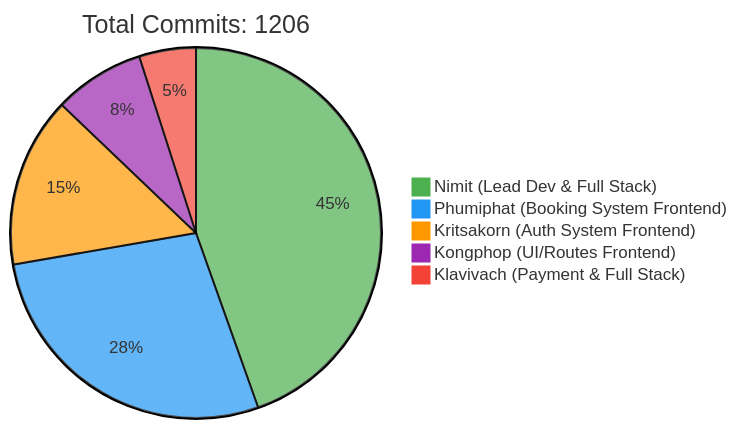
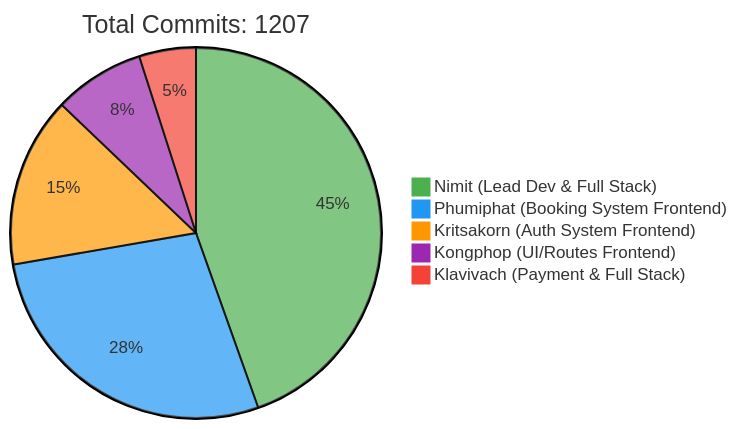
The first of 2 diagrams in README.md (6531503042/Sport-Complex), drawn with Mermaid before and after one commit. The commit also changed other lines of this file, not shown here.

Commit message:
docs: Update contributor statistics [skip ci]

````diff
--- a/README.md
+++ b/README.md
@@ -257,10 +257,10 @@
 ```mermaid
 %%{init: {'theme': 'base', 'themeVariables': { 'pie1': '#4CAF50', 'pie2': '#2196F3', 'pie3': '#FF9800', 'pie4': '#9C27B0', 'pie5': '#F44336'}}}%%
 pie
-    title Total Commits: 1206
+    title Total Commits: 1207
     "Nimit (Lead Dev & Full Stack)" : 450
     "Phumiphat (Booking System Frontend)" : 280
     "Kritsakorn (Auth System Frontend)" : 150
     "Kongphop (UI/Routes Frontend)" : 80
     "Klavivach (Payment & Full Stack)" : 50
 ```
````
